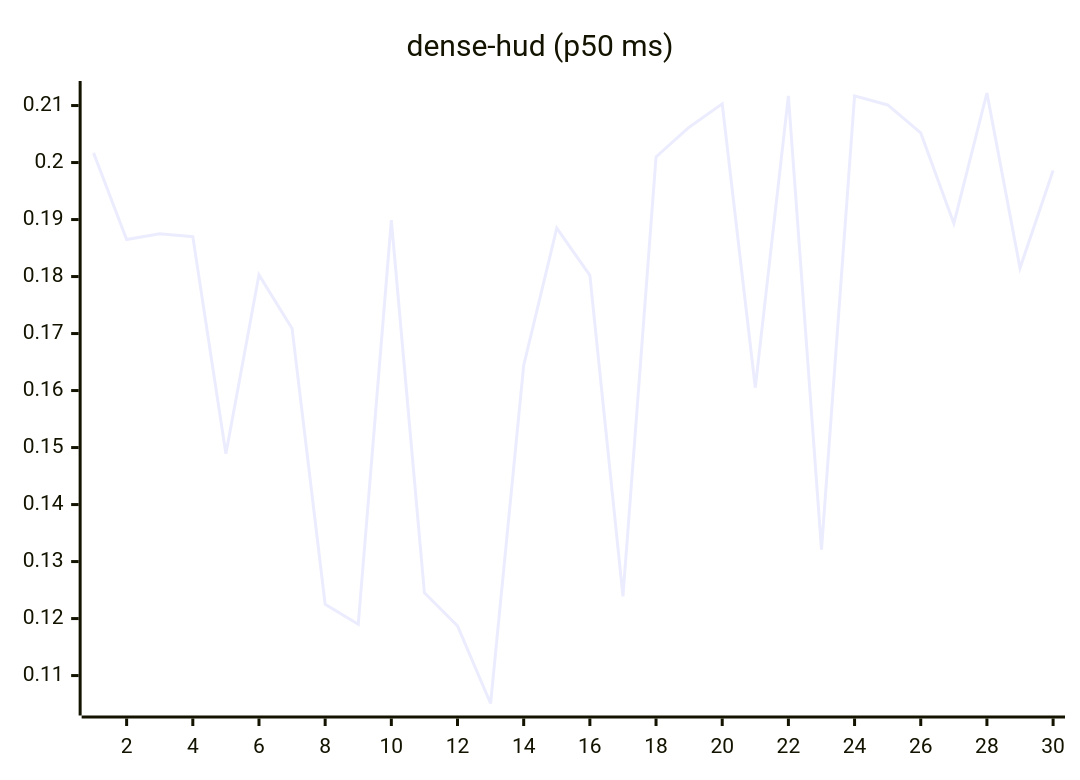
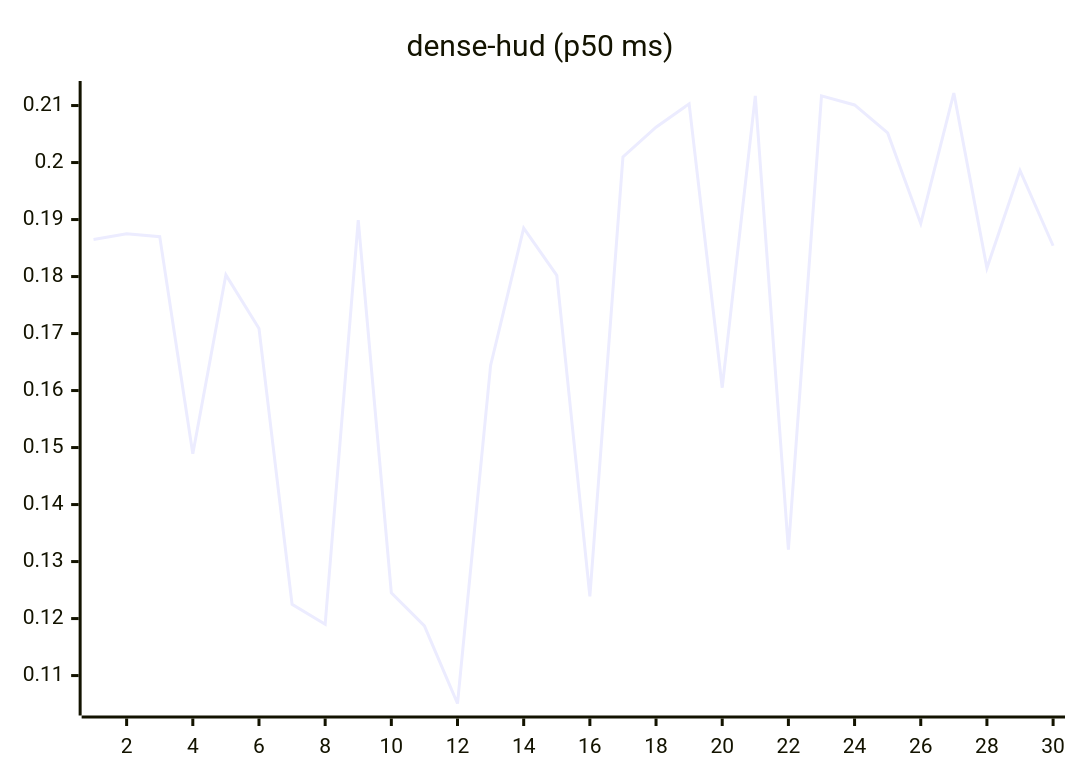
The eighth of 27 diagrams in README.md (josha/Facet), drawn with Mermaid before and after one commit. The commit also changed other lines of this file and 2 other files, not shown here.

````diff
--- a/README.md
+++ b/README.md
@@ -112,6 +112,6 @@
 ```mermaid
 xychart-beta
     title "dense-hud (p50 ms)"
     x-axis 1 --> 30
-    line [0.2017, 0.1865, 0.1875, 0.1870, 0.1489, 0.1803, 0.1709, 0.1225, 0.1190, 0.1899, 0.1245, 0.1187, 0.1051, 0.1644, 0.1885, 0.1802, 0.1239, 0.2010, 0.2062, 0.2103, 0.1605, 0.2117, 0.1321, 0.2117, 0.2101, 0.2052, 0.1893, 0.2122, 0.1815, 0.1986]
+    line [0.1865, 0.1875, 0.1870, 0.1489, 0.1803, 0.1709, 0.1225, 0.1190, 0.1899, 0.1245, 0.1187, 0.1051, 0.1644, 0.1885, 0.1802, 0.1239, 0.2010, 0.2062, 0.2103, 0.1605, 0.2117, 0.1321, 0.2117, 0.2101, 0.2052, 0.1893, 0.2122, 0.1815, 0.1986, 0.1854]
 ```
````
